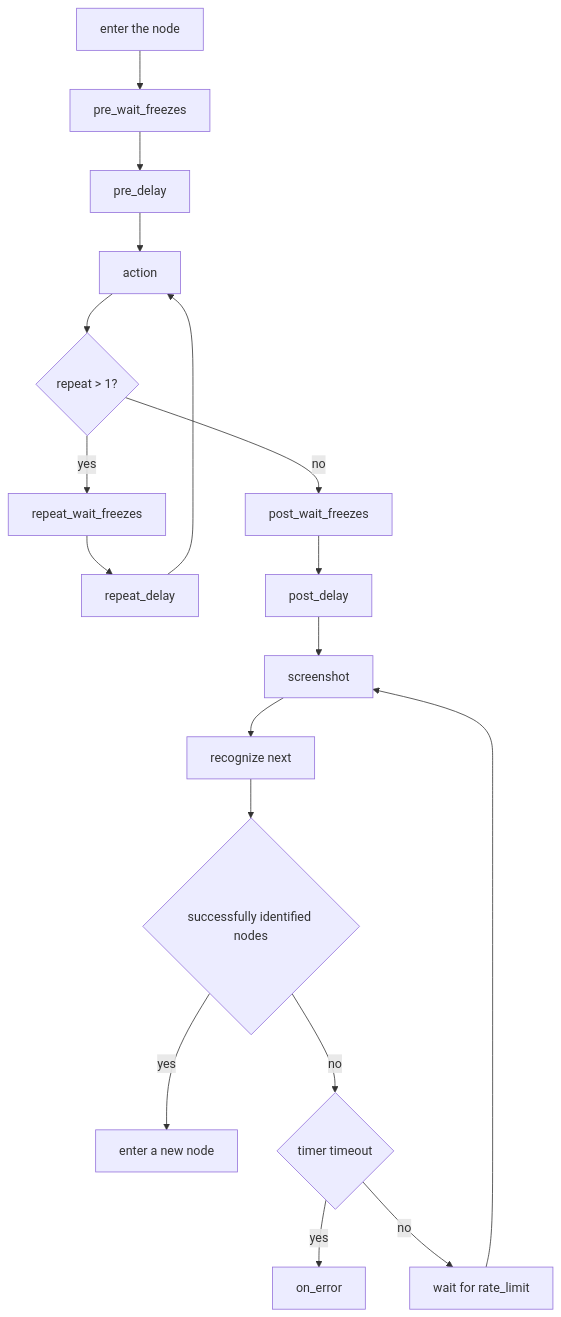
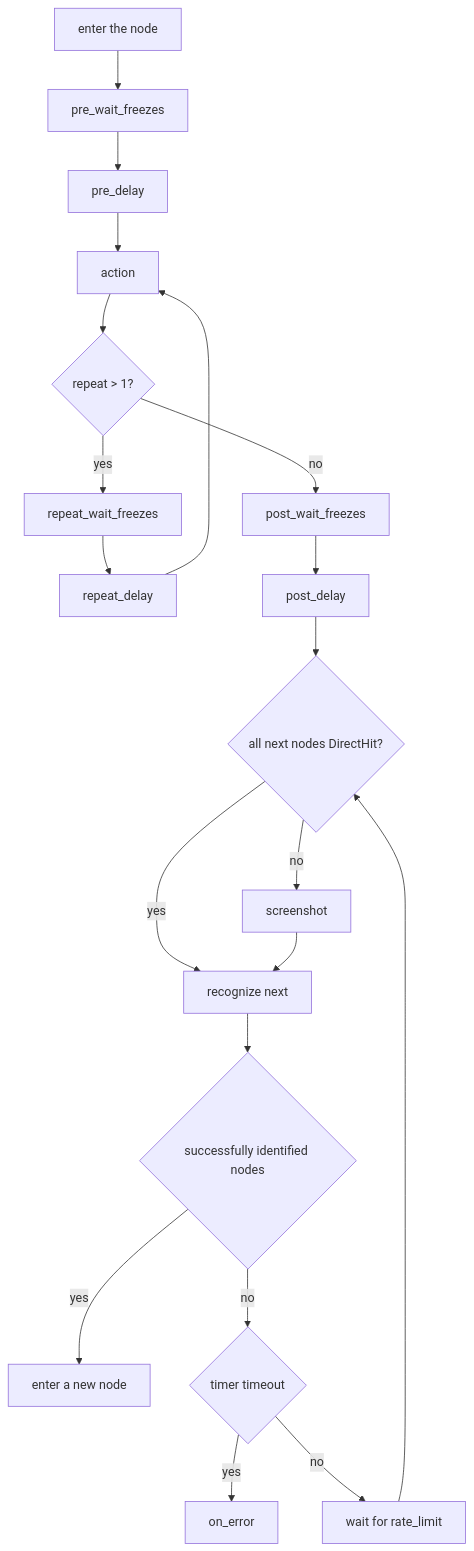
One commit to MaaXYZ/MaaFramework changed the first of 4 diagrams in docs/en_us/3.1-PipelineProtocol.md. Above: the diagram before and after it, drawn with Mermaid. The commit also changed other lines of this file and 6 other files, not shown here.

First line of the commit message:
fix: 全部 next 为 DirectHit 时跳过截图

````diff
--- a/docs/en_us/3.1-PipelineProtocol.md
+++ b/docs/en_us/3.1-PipelineProtocol.md
@@ -54,20 +55,22 @@
 ```mermaid
     flowchart TB
         A[enter the node] --> B[pre_wait_freezes]
         B --> C[pre_delay]
         C --> D[action]
         D --> M{"repeat > 1?"}
         M -->|yes| N[repeat_wait_freezes]
         N --> O[repeat_delay]
         O --> D
         M -->|no| E[post_wait_freezes]
         E --> F[post_delay]
-        F --> P[screenshot]
-        P --> G[recognize next]
+        F --> Q{"all next nodes DirectHit?"}
+        Q -->|yes| G[recognize next]
+        Q -->|no| P[screenshot]
+        P --> G
         G --> H{successfully identified nodes}
         H -->|yes| I[enter a new node]
         H -->|no| J{"timer timeout"}
         J -->|yes| K[on_error]
         J -->|no| L[wait for rate_limit]
-        L --> P
+        L --> Q
 ```
````
